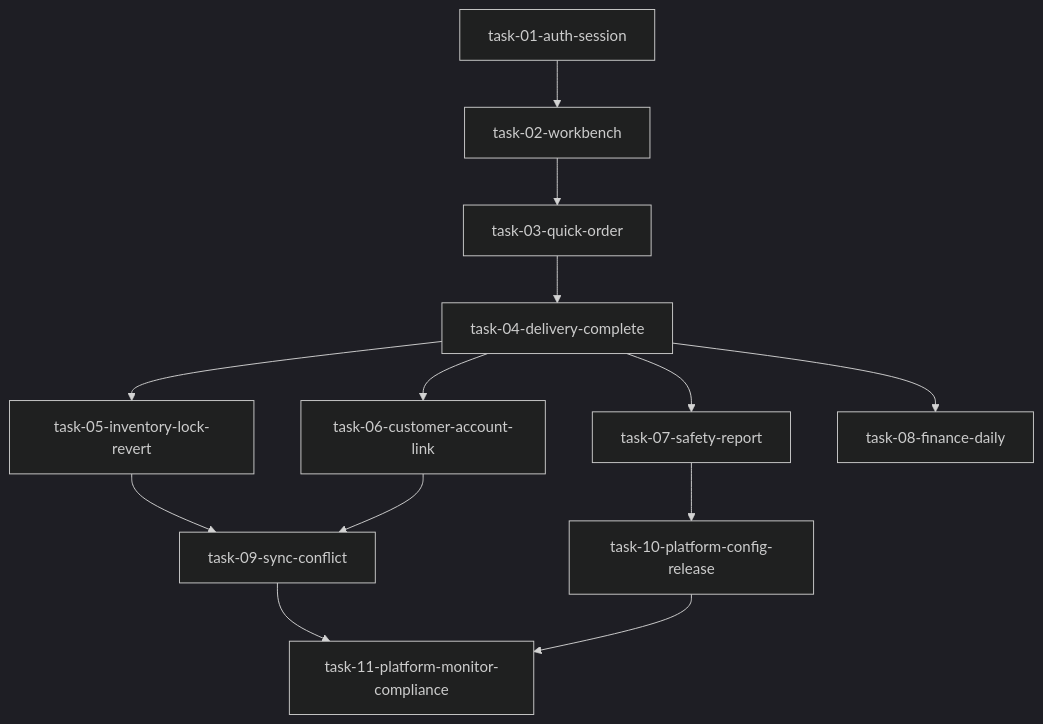
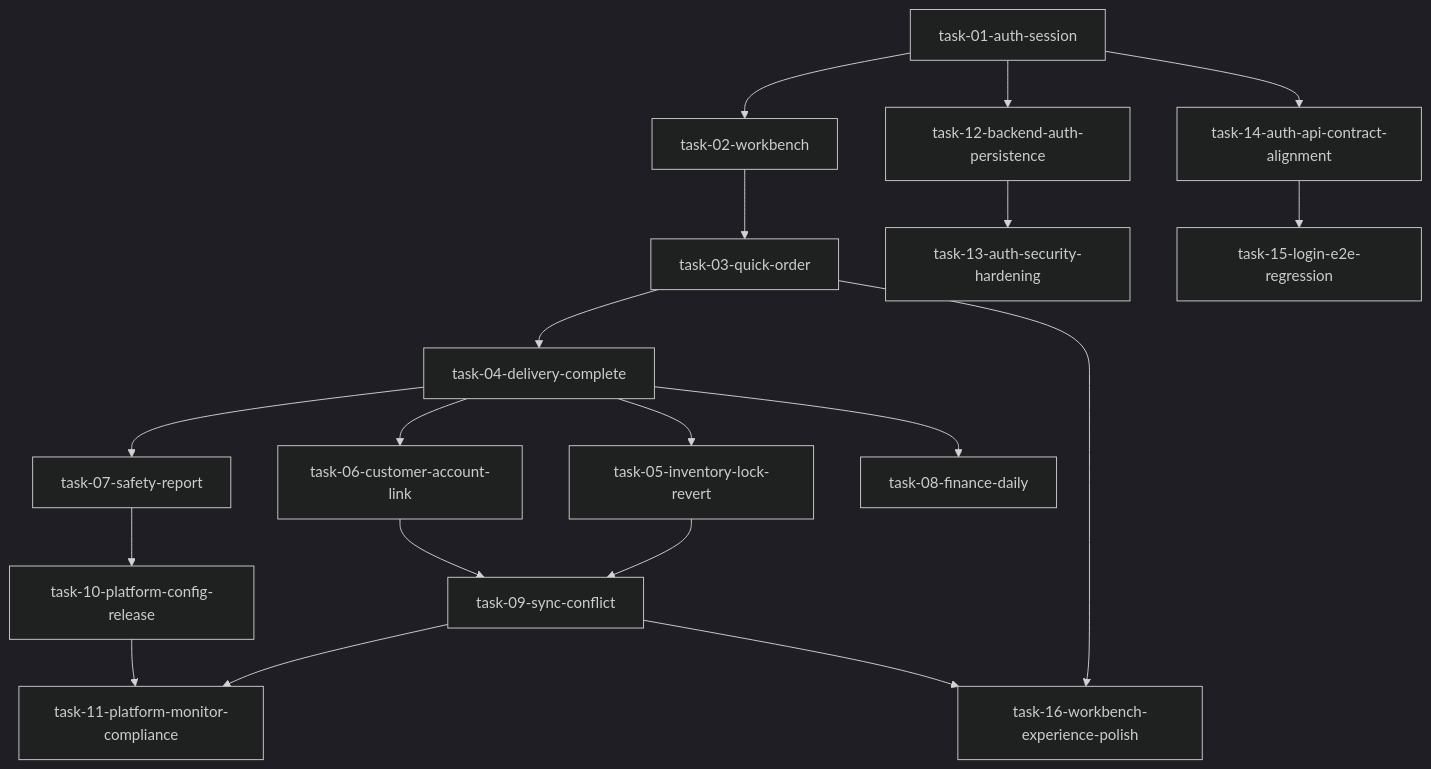
The diagram in .trellis/tasks/feature-task-map.md (PojoZheng/lpg_gas_project), drawn with Mermaid (dark theme) before and after one commit. The commit also changed other lines of this file and 3 other files, not shown here.

First line of the commit message:
docs(trellis): align workbench sync strategy and add task-16

````diff
--- a/.trellis/tasks/feature-task-map.md
+++ b/.trellis/tasks/feature-task-map.md
@@ -16,15 +17,21 @@
 ```mermaid
 flowchart TD
 t01[task-01-auth-session] --> t02[task-02-workbench]
 t02 --> t03[task-03-quick-order]
 t03 --> t04[task-04-delivery-complete]
 t04 --> t05[task-05-inventory-lock-revert]
 t04 --> t06[task-06-customer-account-link]
 t04 --> t07[task-07-safety-report]
 t04 --> t08[task-08-finance-daily]
 t05 --> t09[task-09-sync-conflict]
 t06 --> t09
 t07 --> t10[task-10-platform-config-release]
 t09 --> t11[task-11-platform-monitor-compliance]
 t10 --> t11
+t01 --> t12[task-12-backend-auth-persistence]
+t12 --> t13[task-13-auth-security-hardening]
+t01 --> t14[task-14-auth-api-contract-alignment]
+t14 --> t15[task-15-login-e2e-regression]
+t03 --> t16[task-16-workbench-experience-polish]
+t09 --> t16
 ```
````
